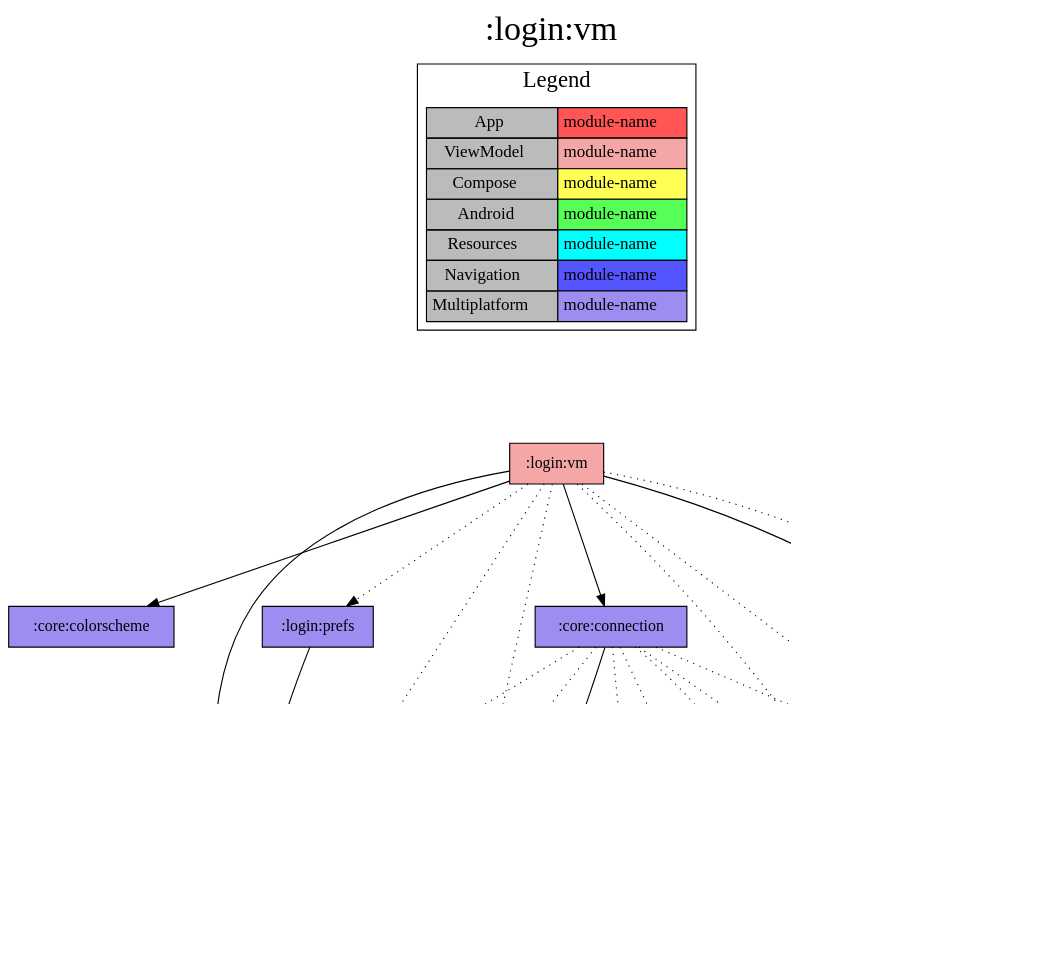
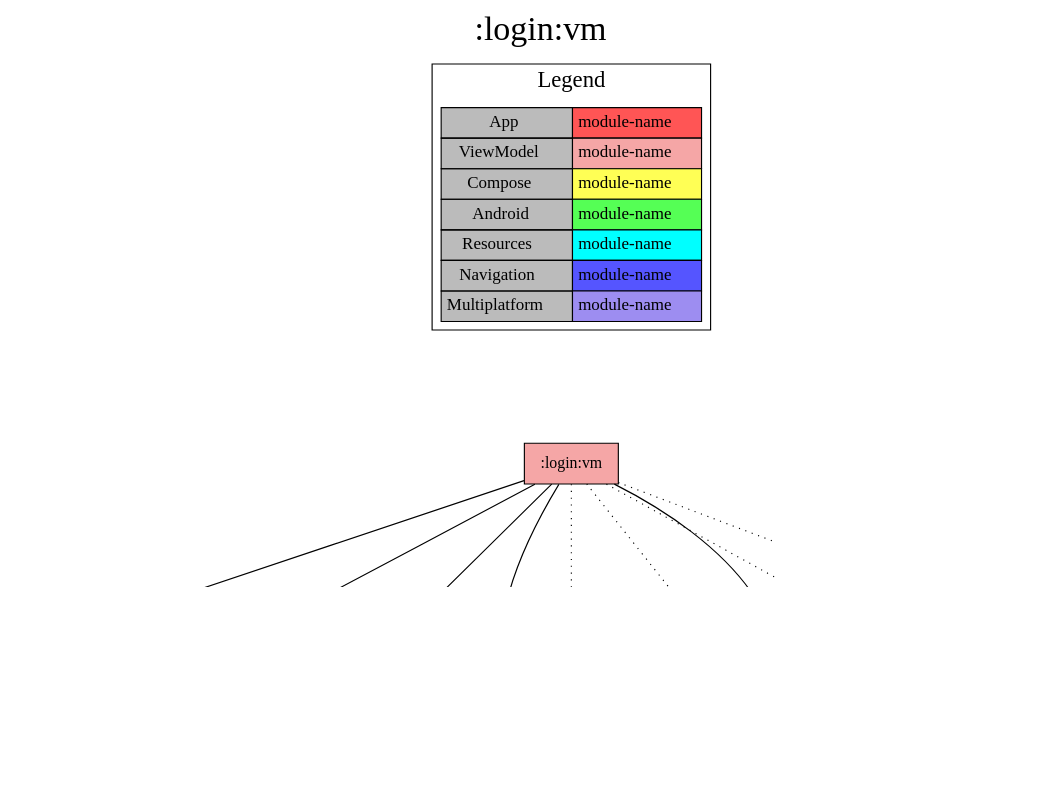
One commit to jonapoul/aktual changed the diagram in modules/login/vm/project-dependency-graph.dot. Above: the diagram before and after it, drawn with Graphviz. The commit also changed 23 other files, not shown here.

```diff
--- a/modules/login/vm/project-dependency-graph.dot
+++ b/modules/login/vm/project-dependency-graph.dot
@@ -1,62 +1,49 @@
 digraph {
 edge ["dir"="forward"]
 graph ["dpi"="100","label"=":login:vm","labelloc"="t","fontsize"="30","ranksep"="1.5","rankdir"="TB"]
 node ["style"="filled"]
 ":login:vm" ["fillcolor"="#F5A6A6","shape"="box"]
 ":core:colorscheme" ["fillcolor"="#9D8DF1","shape"="box"]
-":core:connection" ["fillcolor"="#9D8DF1","shape"="box"]
-":core:buildconfig" ["fillcolor"="#9D8DF1","shape"="box"]
-":api:actual" ["fillcolor"="#9D8DF1","shape"="box"]
+":core:coroutines" ["fillcolor"="#9D8DF1","shape"="box"]
+":core:log" ["fillcolor"="#9D8DF1","shape"="box"]
 ":login:model" ["fillcolor"="#9D8DF1","shape"="box"]
 ":url:model" ["fillcolor"="#9D8DF1","shape"="box"]
-":api:core" ["fillcolor"="#9D8DF1","shape"="box"]
-":core:log" ["fillcolor"="#9D8DF1","shape"="box"]
-":core:coroutines" ["fillcolor"="#9D8DF1","shape"="box"]
+":api:actual" ["fillcolor"="#9D8DF1","shape"="box"]
 ":core:versions" ["fillcolor"="#9D8DF1","shape"="box"]
+":core:buildconfig" ["fillcolor"="#9D8DF1","shape"="box"]
+":login:prefs" ["fillcolor"="#9D8DF1","shape"="box"]
 ":url:prefs" ["fillcolor"="#9D8DF1","shape"="box"]
-":login:prefs" ["fillcolor"="#9D8DF1","shape"="box"]
 {
 edge ["dir"="none"]
 graph ["rank"="same"]
 }
 ":login:vm" -> ":core:colorscheme"
-":login:vm" -> ":core:connection"
+":login:vm" -> ":core:coroutines"
+":login:vm" -> ":core:log"
 ":login:vm" -> ":login:model"
 ":login:vm" -> ":url:model"
 ":login:vm" -> ":api:actual" ["style"="dotted"]
-":login:vm" -> ":core:coroutines" ["style"="dotted"]
-":login:vm" -> ":core:log" ["style"="dotted"]
 ":login:vm" -> ":core:versions" ["style"="dotted"]
 ":login:vm" -> ":login:prefs" ["style"="dotted"]
 ":login:vm" -> ":url:prefs" ["style"="dotted"]
-":core:connection" -> ":core:buildconfig"
-":core:connection" -> ":api:actual" ["style"="dotted"]
-":core:connection" -> ":api:core" ["style"="dotted"]
-":core:connection" -> ":core:coroutines" ["style"="dotted"]
-":core:connection" -> ":core:log" ["style"="dotted"]
-":core:connection" -> ":core:versions" ["style"="dotted"]
-":core:connection" -> ":url:model" ["style"="dotted"]
-":core:connection" -> ":url:prefs" ["style"="dotted"]
 ":api:actual" -> ":login:model"
 ":api:actual" -> ":url:model"
-":api:core" -> ":core:log"
-":api:core" -> ":url:model"
 ":core:versions" -> ":core:buildconfig"
+":login:prefs" -> ":login:model"
 ":url:prefs" -> ":url:model"
-":login:prefs" -> ":login:model"
 subgraph "cluster_legend" {
 edge ["dir"="none"]
 graph ["label"="Legend","fontsize"="20"]
 "Legend" ["style"="filled","fillcolor"="#bbbbbb","shape"="none","margin"="0","fontsize"="15","label"=<
 <TABLE BORDER="0" CELLBORDER="1" CELLSPACING="0" CELLPADDING="4">
 <TR><TD>App</TD><TD BGCOLOR="#FF5555">module-name</TD></TR>
 <TR><TD>ViewModel</TD><TD BGCOLOR="#F5A6A6">module-name</TD></TR>
 <TR><TD>Compose</TD><TD BGCOLOR="#FFFF55">module-name</TD></TR>
 <TR><TD>Android</TD><TD BGCOLOR="#55FF55">module-name</TD></TR>
 <TR><TD>Resources</TD><TD BGCOLOR="#00FFFF">module-name</TD></TR>
 <TR><TD>Navigation</TD><TD BGCOLOR="#5555FF">module-name</TD></TR>
 <TR><TD>Multiplatform</TD><TD BGCOLOR="#9D8DF1">module-name</TD></TR>
 </TABLE>
 >]
 } -> ":login:vm" ["style"="invis"]
 }
```
